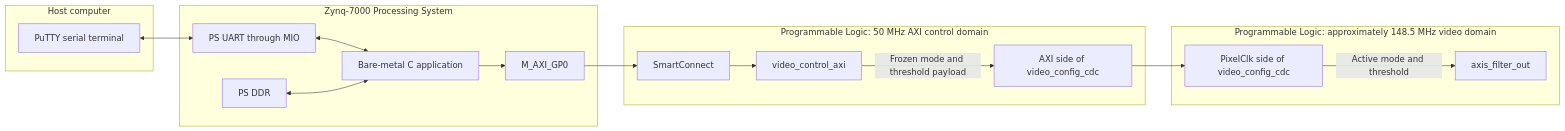
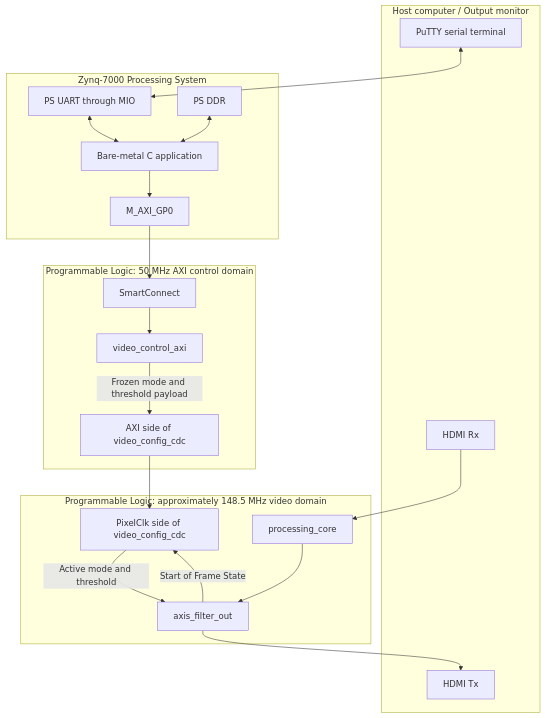
Before and after one commit to ptocxv/AXI-Stream-video-filtering-on-FPGA: the first of 5 diagrams in README.md, drawn with Mermaid. The commit also changed other lines of this file, not shown here.

````diff
--- a/README.md
+++ b/README.md
@@ -49,37 +47,44 @@
 ```mermaid
-flowchart LR
-    subgraph HOST["Host computer"]
+flowchart TB
+    subgraph HOST["Host computer / Output monitor"]
         TERM["PuTTY serial terminal"]
+        HDMIRX["HDMI Rx"]
+        HDMITX["HDMI Tx"]
     end
 
     subgraph PS["Zynq-7000 Processing System"]
         UART["PS UART through MIO"]
+        DDR["PS DDR"]
         APP["Bare-metal C application"]
-        DDR["PS DDR"]
         GP0["M_AXI_GP0"]
         
         UART <--> APP
+        APP --> GP0
         DDR <--> APP
-        APP --> GP0
     end
 
     subgraph PL_CTRL["Programmable Logic: 50 MHz AXI control domain"]
         SC["SmartConnect"]
         CTRL["video_control_axi"]
         CDC_AXI["AXI side of video_config_cdc"]
         
         SC --> CTRL
         CTRL -->|"Frozen mode and threshold payload"| CDC_AXI
     end
 
     subgraph PL_VIDEO["Programmable Logic: approximately 148.5 MHz video domain"]
         CDC_PIXEL["PixelClk side of video_config_cdc"]
         FILTER["axis_filter_out"]
+        PROCESSING["processing_core"]
         
         CDC_PIXEL -->|"Active mode and threshold"| FILTER
     end
 
     TERM <--> UART
     GP0 --> SC
     CDC_AXI --> CDC_PIXEL
+    FILTER -->|"Start of Frame State"| CDC_PIXEL
+    HDMIRX --> PROCESSING
+    PROCESSING --> FILTER
+    FILTER --> HDMITX
 ```
````
